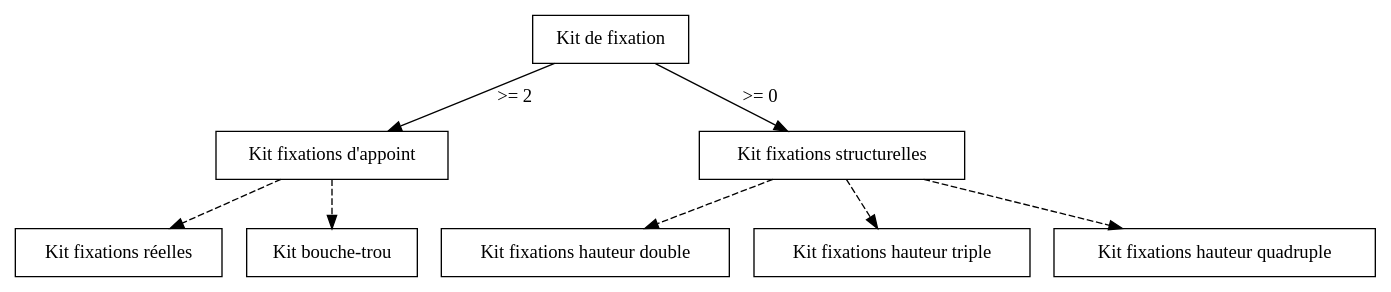
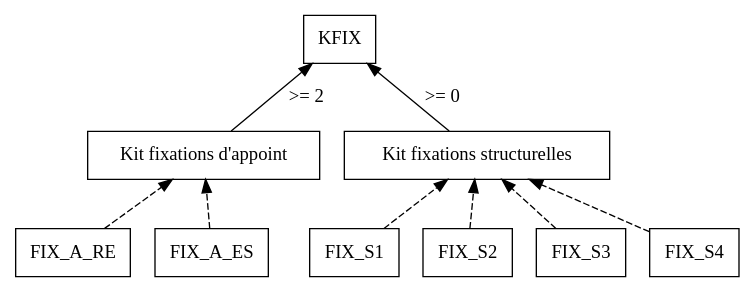
Before and after one commit to padenot/OGP: the diagram in nomenclature/src/fixations.dot, drawn with Graphviz. The commit also changed other lines of this file and 10 other files, not shown here.

```diff
--- a/nomenclature/src/fixations.dot
+++ b/nomenclature/src/fixations.dot
@@ -1,31 +1,34 @@
 digraph
 {
+	rankdir=BT
 // Noeuds --------------------------------------------------
 	node[shape=box]
 
 	// Fixations
-	kitFixations [label="Kit de fixation"]
+	KFIX //[label="Kit de fixation"]
 	fixationsAppoint [label="Kit fixations d'appoint"]
 	fixationsStructure [label="Kit fixations structurelles"]
 
 	// Variantes
-	fixationsX2 [label="Kit fixations hauteur double"]
-	fixationsX3 [label="Kit fixations hauteur triple"]
-	fixationsX4 [label="Kit fixations hauteur quadruple"]
+	FIX_S1 //[label="Kit fixations hauteur simple"]
+	FIX_S2 //[label="Kit fixations hauteur double"]
+	FIX_S3 //[label="Kit fixations hauteur triple"]
+	FIX_S4 //[label="Kit fixations hauteur quadruple"]
 
-	fixationsAppointReelles [label="Kit fixations réelles"]
-	fixationsAppointFausses [label="Kit bouche-trou"]
+	FIX_A_RE //[label="Fixations appoint réelles"]
+	FIX_A_ES //[label="Fixations appoint esthétiques"]
 
 // Arcs --------------------------------------------------
 	// Kit
-	kitFixations -> fixationsAppoint [label=">= 2"]
-	kitFixations -> fixationsStructure [label=">= 0"]
+	fixationsAppoint -> KFIX [label=">= 2"]
+	fixationsStructure -> KFIX [label=">= 0"]
 
 	// Variantes 
-	fixationsStructure -> fixationsX2 [style=dashed]
-	fixationsStructure -> fixationsX3 [style=dashed]
-	fixationsStructure -> fixationsX4 [style=dashed]
+	FIX_S1 -> fixationsStructure [style=dashed]
+	FIX_S2 -> fixationsStructure [style=dashed]
+	FIX_S3 -> fixationsStructure [style=dashed]
+	FIX_S4 -> fixationsStructure [style=dashed]
 
-	fixationsAppoint -> fixationsAppointFausses [style=dashed]
-	fixationsAppoint -> fixationsAppointReelles [style=dashed]
+	FIX_A_ES -> fixationsAppoint [style=dashed]
+	FIX_A_RE -> fixationsAppoint [style=dashed]
 }
```
